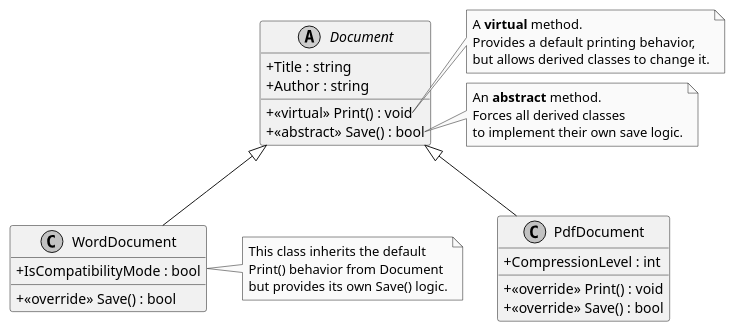
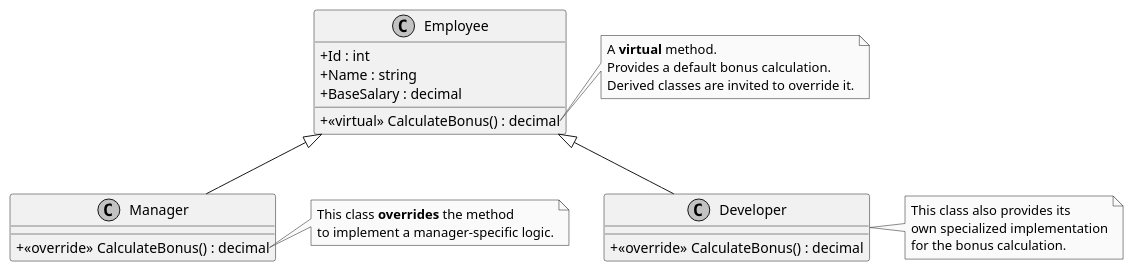
The diagram in Writerside/topics/Override.md (mrpunkdasilva/learn-csharp), drawn with PlantUML before and after one commit. The commit also changed other lines of this file and 95 other files, not shown here.

````diff
--- a/Writerside/topics/Override.md
+++ b/Writerside/topics/Override.md
@@ -64,46 +88,42 @@
 ```plantuml
 @startuml
 skinparam classAttributeIconSize 0
 skinparam monochrome true
 skinparam shadowing false
 
-abstract class Document {
-    + Title : string
-    + Author : string
-    + <<virtual>> Print() : void
-    + <<abstract>> Save() : bool
+class Employee {
+    + Id : int
+    + Name : string
+    + BaseSalary : decimal
+    + <<virtual>> CalculateBonus() : decimal
 }
 
-class PdfDocument {
-    + CompressionLevel : int
-    + <<override>> Print() : void
-    + <<override>> Save() : bool
+class Manager {
+    + <<override>> CalculateBonus() : decimal
 }
 
-class WordDocument {
-    + IsCompatibilityMode : bool
-    + <<override>> Save() : bool
+class Developer {
+    + <<override>> CalculateBonus() : decimal
 }
 
-Document <|-- PdfDocument
-Document <|-- WordDocument
+Employee <|-- Manager
+Employee <|-- Developer
 
-note right of Document::Print
+note right of Employee::CalculateBonus
   A **virtual** method.
-  Provides a default printing behavior,
-  but allows derived classes to change it.
+  Provides a default bonus calculation.
+  Derived classes are invited to override it.
 end note
 
-note right of Document::Save
-  An **abstract** method.
-  Forces all derived classes
-  to implement their own save logic.
+note right of Manager::CalculateBonus
+  This class **overrides** the method
+  to implement a manager-specific logic.
 end note
 
-note right of WordDocument
-  This class inherits the default
-  Print() behavior from Document
-  but provides its own Save() logic.
+note right of Developer
+  This class also provides its
+  own specialized implementation
+  for the bonus calculation.
 end note
 @enduml
 ```
````
